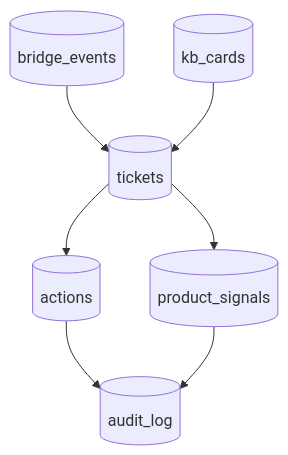
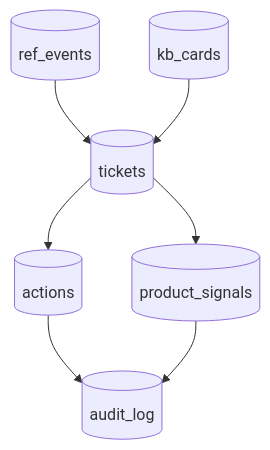
The fourth of 5 diagrams in README.md (aurelius-in/RainRef), drawn with Mermaid before and after one commit. The commit also changed other lines of this file, not shown here.

````diff
--- a/README.md
+++ b/README.md
@@ -241,9 +243,9 @@
 ```mermaid
 graph TB
-  BE[(bridge_events)] --> TK[(tickets)]
+  RE[(ref_events)] --> TK[(tickets)]
   TK --> AC[(actions)]
   TK --> PS[(product_signals)]
   KB[(kb_cards)] --> TK
   AC --> AL[(audit_log)]
   PS --> AL
 ```
````
